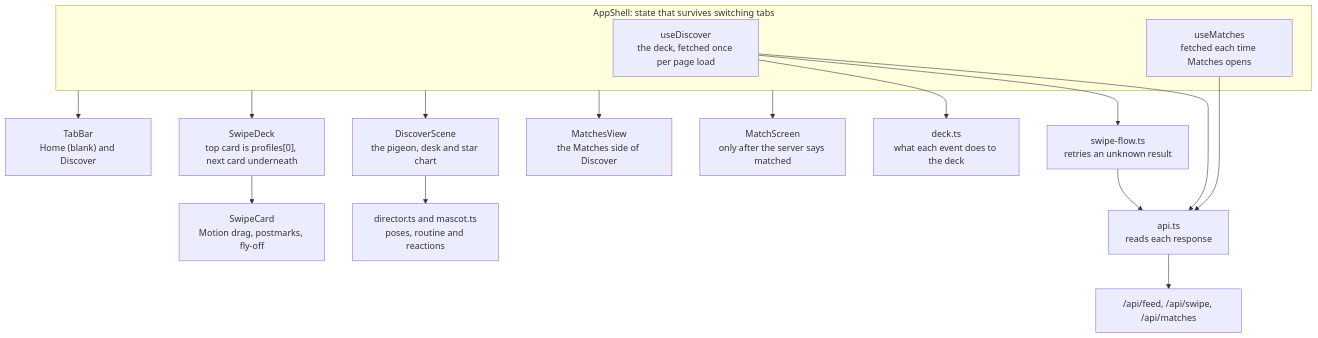
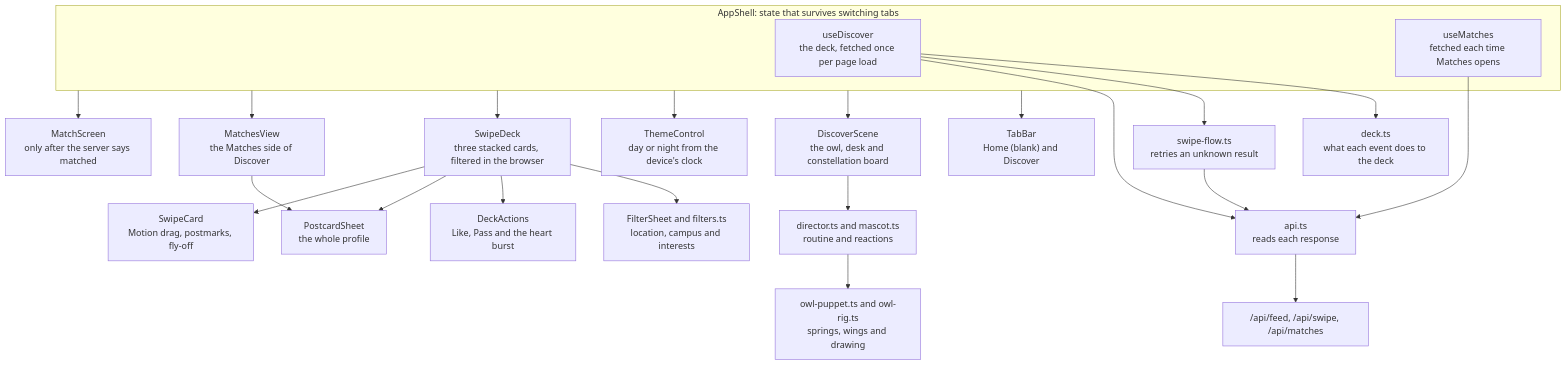
One commit to ashutosharma2/coy-discover-assignment changed diagram 12 of 14 in docs/architecture.md. Above: the diagram before and after it, drawn with Mermaid. The commit also changed other lines of this file and 41 other files, not shown here.

First line of the commit message:
Add the owl's room, a portrait-led deck and day and night themes

````diff
--- a/docs/architecture.md
+++ b/docs/architecture.md
@@ -353,22 +356,28 @@
 ```mermaid
 flowchart TB
     subgraph Shell["AppShell: state that survives switching tabs"]
         DeckState["useDiscover<br/>the deck, fetched once per page load"]
         MatchState["useMatches<br/>fetched each time Matches opens"]
     end
 
     Shell --> Tabs["TabBar<br/>Home (blank) and Discover"]
-    Shell --> Scene["DiscoverScene<br/>the pigeon, desk and star chart"]
-    Shell --> Deck["SwipeDeck<br/>top card is profiles[0], next card underneath"]
+    Shell --> Scene["DiscoverScene<br/>the owl, desk and constellation board"]
+    Shell --> Theme["ThemeControl<br/>day or night from the device's clock"]
+    Shell --> Deck["SwipeDeck<br/>three stacked cards, filtered in the browser"]
+    Deck --> Filters["FilterSheet and filters.ts<br/>location, campus and interests"]
+    Deck --> Actions["DeckActions<br/>Like, Pass and the heart burst"]
     Shell --> Album["MatchesView<br/>the Matches side of Discover"]
+    Deck --> Postcard["PostcardSheet<br/>the whole profile"]
+    Album --> Postcard
     Shell --> MatchScreen["MatchScreen<br/>only after the server says matched"]
     Deck --> Card["SwipeCard<br/>Motion drag, postmarks, fly-off"]
 
-    Scene --> Director["director.ts and mascot.ts<br/>poses, routine and reactions"]
+    Scene --> Director["director.ts and mascot.ts<br/>routine and reactions"]
+    Director --> Puppet["owl-puppet.ts and owl-rig.ts<br/>springs, wings and drawing"]
     DeckState --> Reducer["deck.ts<br/>what each event does to the deck"]
     DeckState --> Flow["swipe-flow.ts<br/>retries an unknown result"]
     Flow --> Client["api.ts<br/>reads each response"]
     DeckState --> Client
     MatchState --> Client
     Client --> Api["/api/feed, /api/swipe, /api/matches"]
 ```
````
